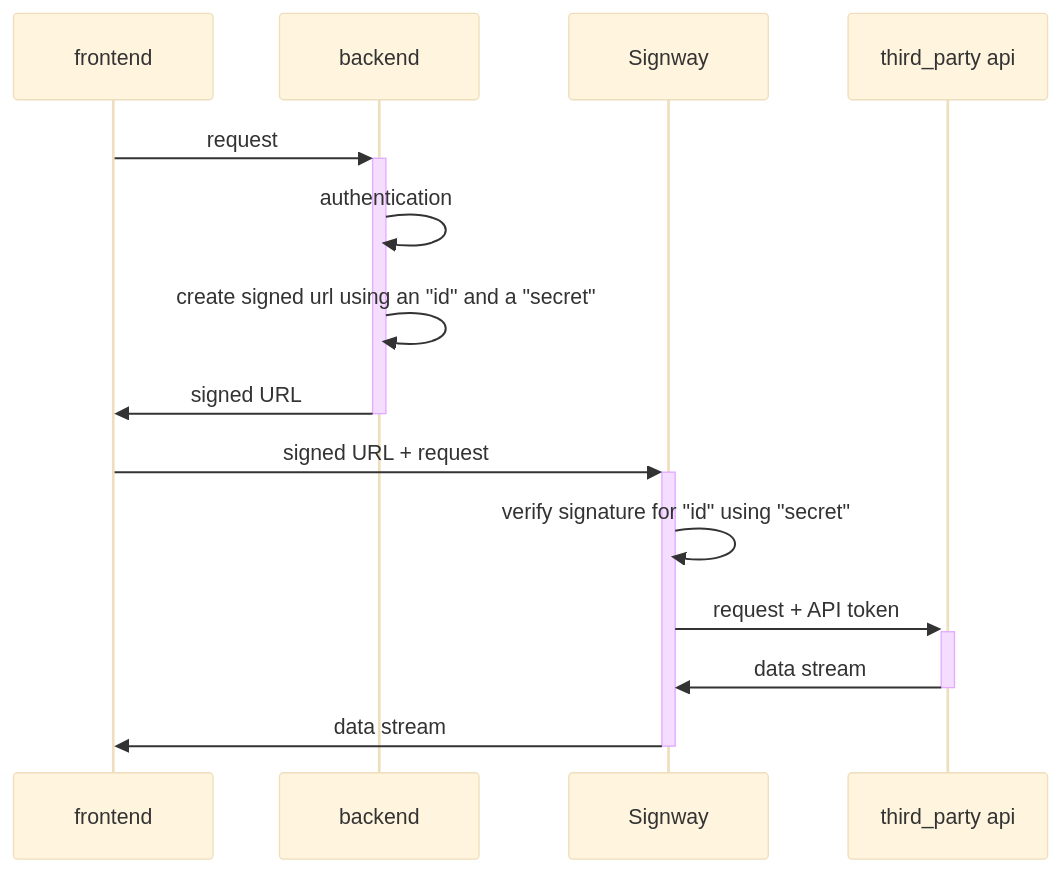
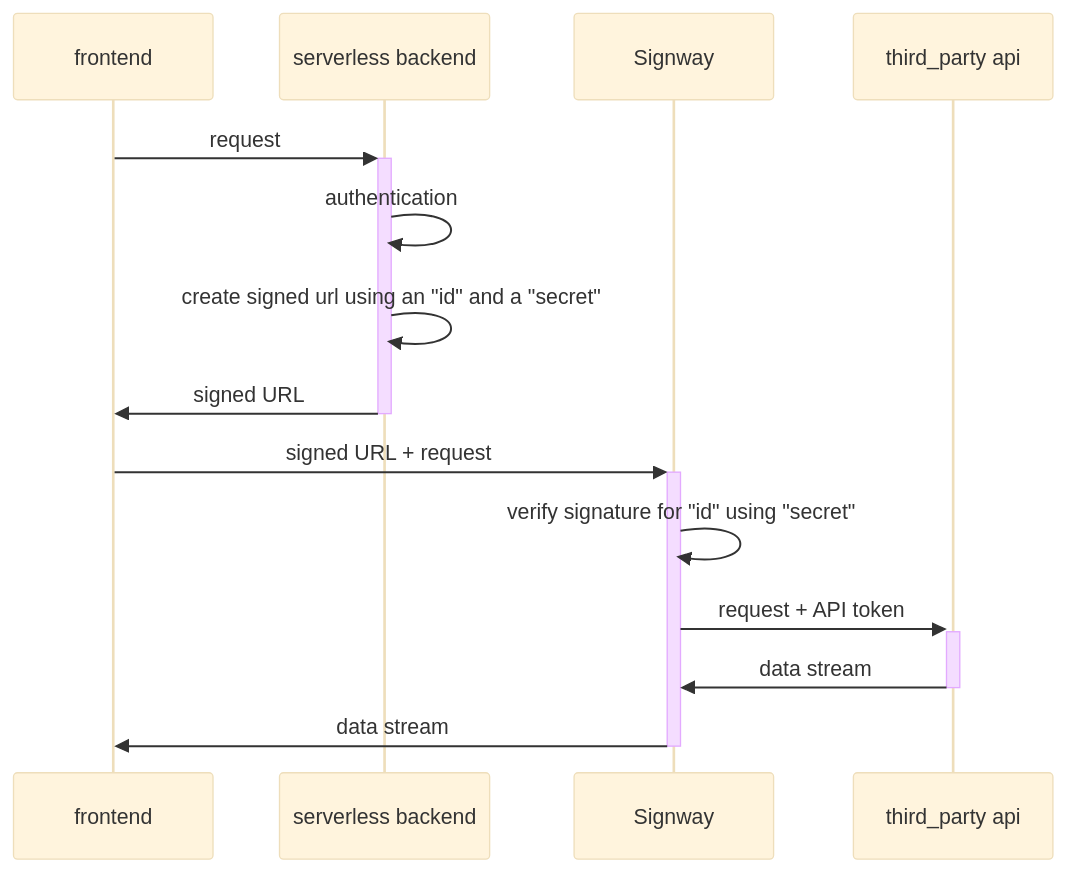
One commit to gabotechs/signway changed the second of 2 diagrams in README.md. Above: the diagram before and after it, drawn with Mermaid (base theme).

Commit message:
chore: update readme [skip ci]

````diff
--- a/README.md
+++ b/README.md
@@ -44,18 +44,18 @@
 ```mermaid
 sequenceDiagram
     participant frontend
-    participant backend
+    participant serverless backend
     participant Signway
     participant third_party api
 
-    frontend->>+backend: request
-    backend->>backend: authentication
-    backend->>backend: create signed url using an "id" and a "secret"
-    backend->>-frontend: signed URL
+    frontend->>+serverless backend: request
+    serverless backend->>serverless backend: authentication
+    serverless backend->>serverless backend: create signed url using an "id" and a "secret"
+    serverless backend->>-frontend: signed URL
     frontend->>+Signway: signed URL + request
     Signway->>Signway: verify signature for "id" using "secret"
     Signway->>+third_party api: request + API token
     third_party api->>-Signway: data stream
     Signway->>-frontend: data stream
     
 ```
````
